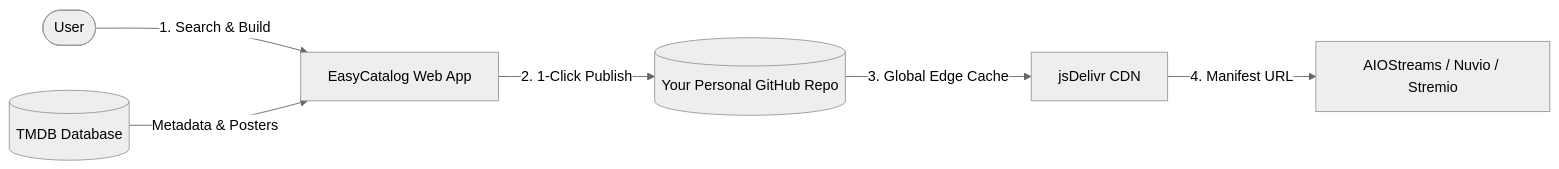
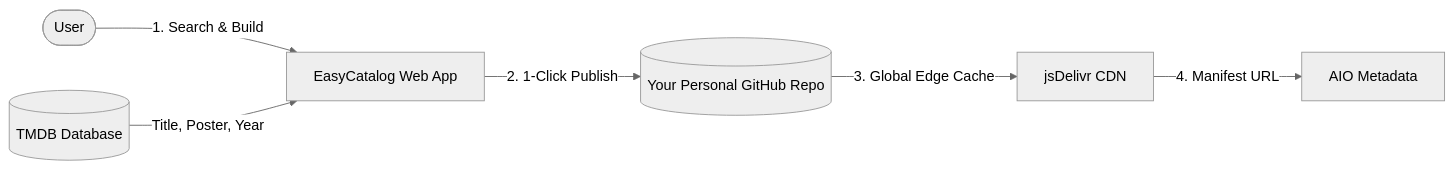
The diagram in README.md (Wayku-io/EasyCatalog), drawn with Mermaid (neutral theme) before and after one commit. The commit also changed other lines of this file and 3 other files, not shown here.

Commit message:
docs: focus strictly on AIO Metadata, TMDB title/poster/year, and Stremio/Nuvio standards

````diff
--- a/README.md
+++ b/README.md
@@ -86,8 +86,8 @@
 ```mermaid
 graph LR
     User([User]) -->|1. Search & Build| App[EasyCatalog Web App]
-    TMDB[(TMDB Database)] -->|Metadata & Posters| App
+    TMDB[(TMDB Database)] -->|Title, Poster, Year| App
     App -->|2. 1-Click Publish| GitHub[(Your Personal GitHub Repo)]
     GitHub -->|3. Global Edge Cache| jsDelivr[jsDelivr CDN]
-    jsDelivr -->|4. Manifest URL| Player[AIOStreams / Nuvio / Stremio]
+    jsDelivr -->|4. Manifest URL| AIO[AIO Metadata]
 ```
````
